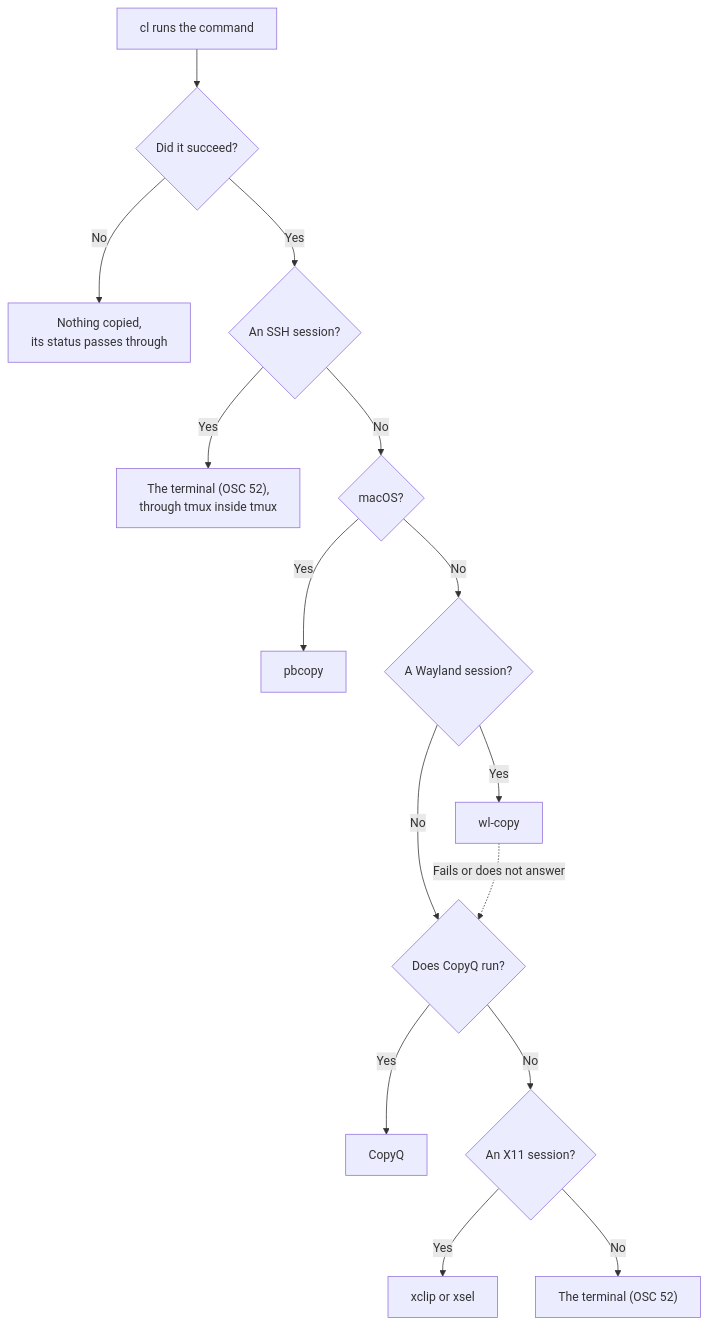
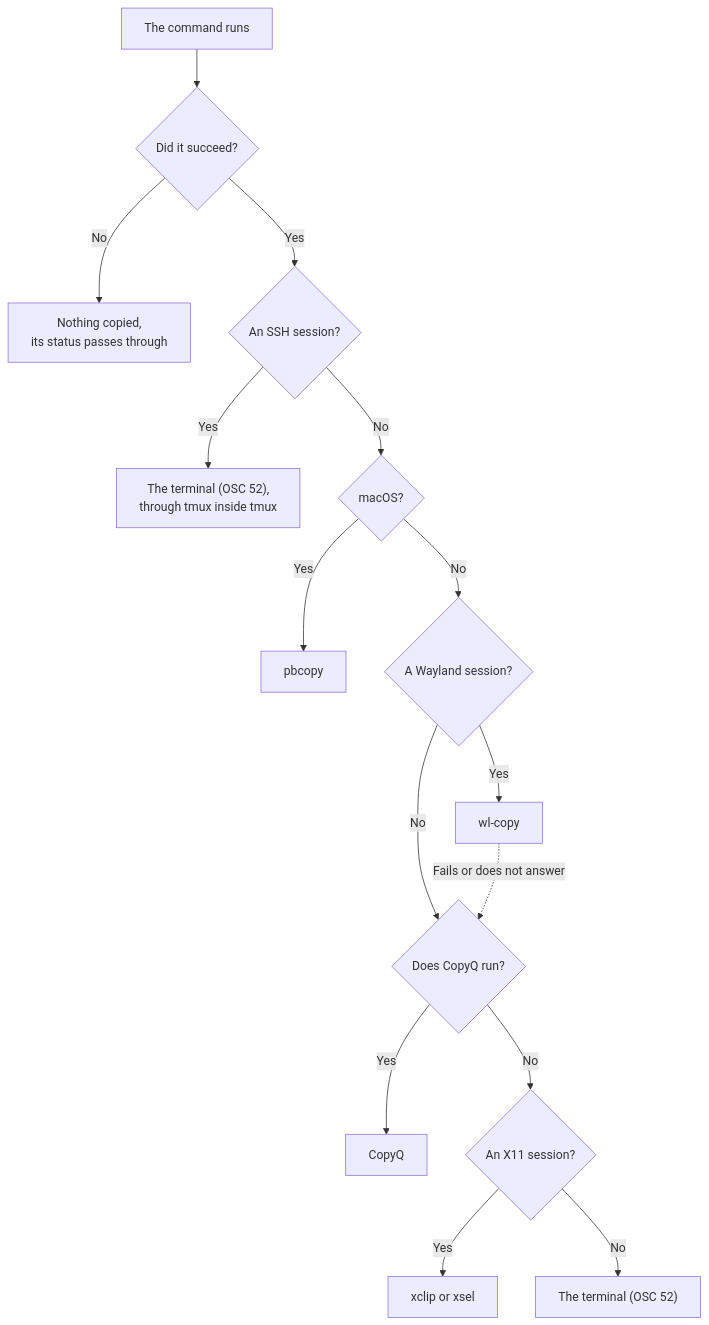
Before and after one commit to dutykh/cl: the diagram in README.md, drawn with Mermaid.

Commit message:
The diagram of the routes in the README opens with a sentence that begins with a word.

````diff
--- a/README.md
+++ b/README.md
@@ -124,17 +124,17 @@
 ```mermaid
 flowchart TD
-    A["cl runs the command"] --> B{"Did it succeed?"}
+    A["The command runs"] --> B{"Did it succeed?"}
     B -- "No" --> N["Nothing copied,<br/>its status passes through"]
     B -- "Yes" --> C{"An SSH session?"}
     C -- "Yes" --> T["The terminal (OSC 52),<br/>through tmux inside tmux"]
     C -- "No" --> M{"macOS?"}
     M -- "Yes" --> P["pbcopy"]
     M -- "No" --> D{"A Wayland session?"}
     D -- "Yes" --> W["wl-copy"]
     D -- "No" --> Q{"Does CopyQ run?"}
     W -. "Fails or does not answer" .-> Q
     Q -- "Yes" --> Y["CopyQ"]
     Q -- "No" --> X{"An X11 session?"}
     X -- "Yes" --> XC["xclip or xsel"]
     X -- "No" --> T2["The terminal (OSC 52)"]
 ```
````
